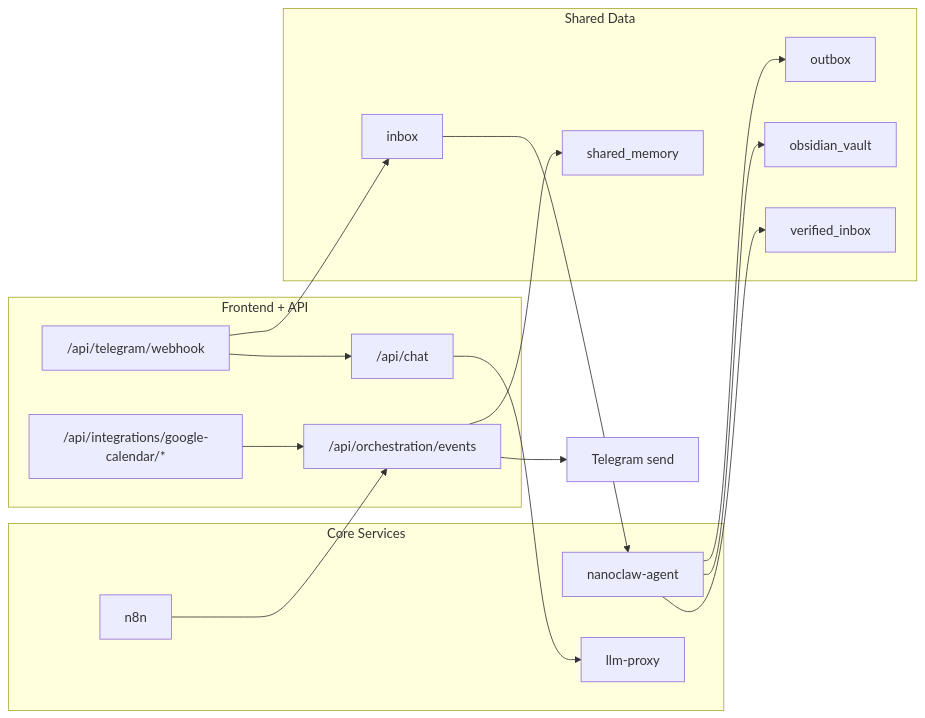
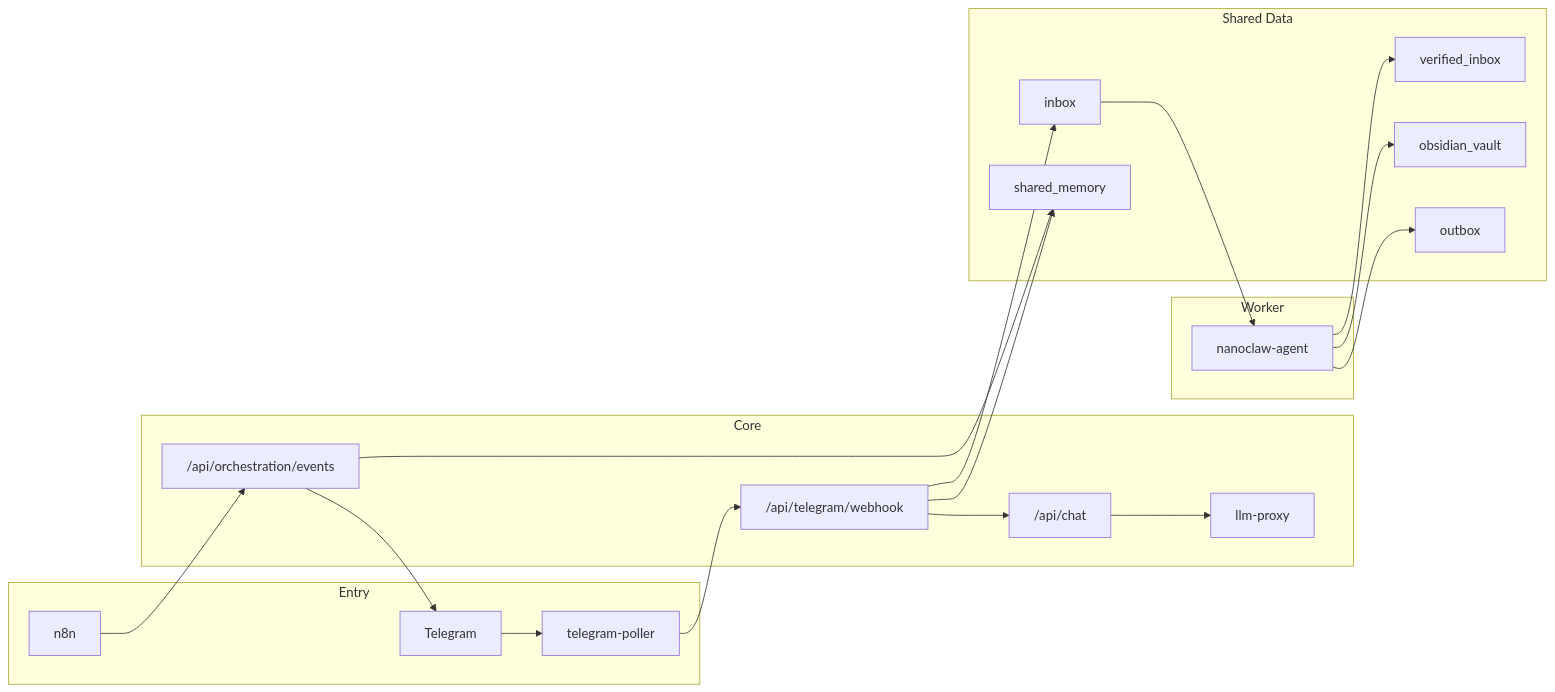
Before and after one commit to Merchantlee99/Personal-AI-agent-v2: the diagram in docs/IMPLEMENTATION_COVERAGE.md, drawn with Mermaid. The commit also changed other lines of this file and 136 other files, not shown here.

````diff
--- a/docs/IMPLEMENTATION_COVERAGE.md
+++ b/docs/IMPLEMENTATION_COVERAGE.md
@@ -52,35 +39,41 @@
 ```mermaid
 flowchart LR
-  subgraph FE["Frontend + API"]
-    CHAT["/api/chat"]
+  subgraph ENTRY["Entry"]
+    TG["Telegram"]
+    TP["telegram-poller"]
+    N8N["n8n"]
+  end
+
+  subgraph CORE["Core"]
+    PX["llm-proxy"]
     ORCH["/api/orchestration/events"]
     TGCB["/api/telegram/webhook"]
-    GCAL["/api/integrations/google-calendar/*"]
+    CHAT["/api/chat"]
   end
 
-  subgraph CORE["Core Services"]
-    PX["llm-proxy"]
+  subgraph WORKER["Worker"]
     AG["nanoclaw-agent"]
-    N8N["n8n"]
   end
 
   subgraph DATA["Shared Data"]
     MEM["shared_memory"]
     INBOX["inbox"]
     OUTBOX["outbox"]
     VAULT["obsidian_vault"]
     VERIFIED["verified_inbox"]
   end
 
+  TG --> TP
+  TP --> TGCB
+  TGCB --> CHAT
   CHAT --> PX
   N8N --> ORCH
+  ORCH --> TG
   ORCH --> MEM
-  ORCH --> TGM["Telegram send"]
+  TGCB --> MEM
   TGCB --> INBOX
   INBOX --> AG
   AG --> OUTBOX
   AG --> VAULT
   AG --> VERIFIED
-  TGCB --> CHAT
-  GCAL --> ORCH
 ```
````
